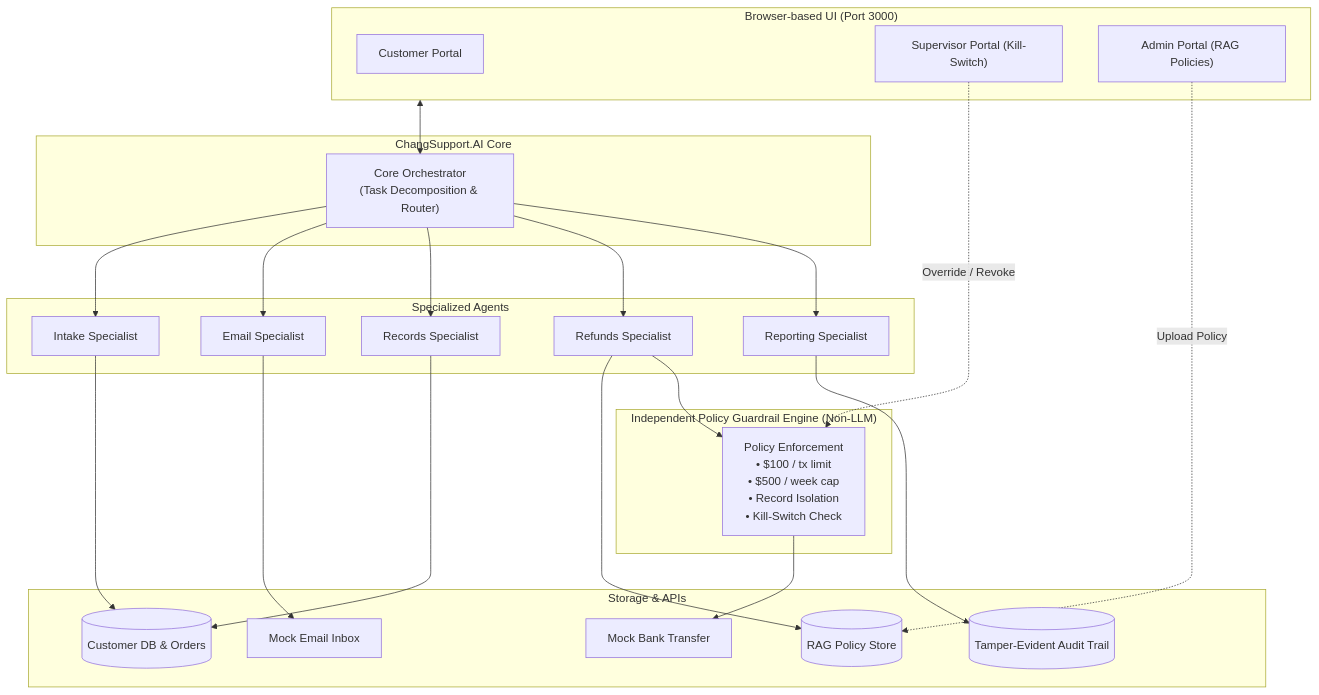
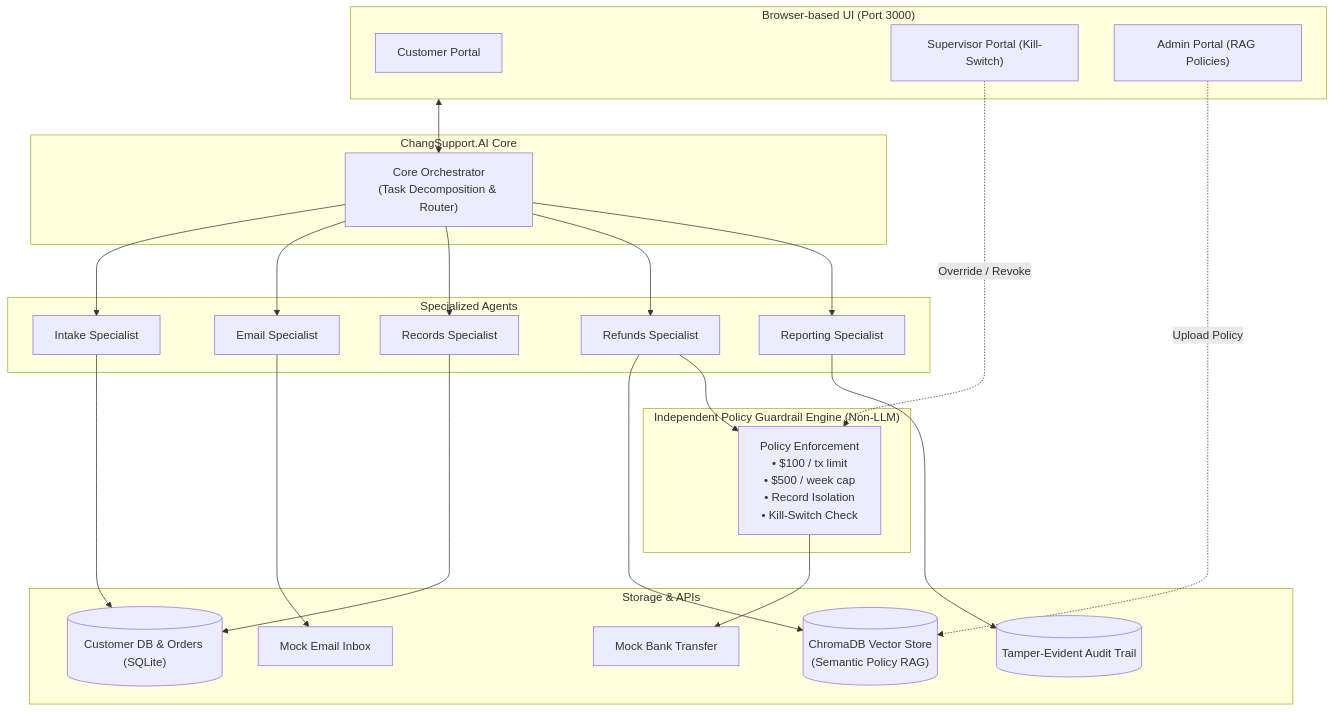
One commit to sujihancock/CSEN296-PROJECT-TEAM4 changed the diagram in README.md. Above: the diagram before and after it, drawn with Mermaid. The commit also changed other lines of this file and 8 other files, not shown here.

Commit message:
vector db (chroma)

````diff
--- a/README.md
+++ b/README.md
@@ -24,50 +24,50 @@
 ```mermaid
 flowchart TD
     subgraph UI ["Browser-based UI (Port 3000)"]
         CustomerUI["Customer Portal"]
         SupervisorUI["Supervisor Portal (Kill-Switch)"]
         AdminUI["Admin Portal (RAG Policies)"]
     end
 
     subgraph Core ["ChangSupport.AI Core"]
         Orchestrator["Core Orchestrator<br/>(Task Decomposition & Router)"]
     end
 
     subgraph Agents ["Specialized Agents"]
         Intake["Intake Specialist"]
         Email["Email Specialist"]
         Records["Records Specialist"]
         Refunds["Refunds Specialist"]
         Reporting["Reporting Specialist"]
     end
 
     subgraph PolicyLayer ["Independent Policy Guardrail Engine (Non-LLM)"]
         Guardrails["Policy Enforcement<br/>• $100 / tx limit<br/>• $500 / week cap<br/>• Record Isolation<br/>• Kill-Switch Check"]
     end
 
     subgraph Resources ["Storage & APIs"]
-        RAG[("RAG Policy Store")]
-        DB[("Customer DB & Orders")]
+        RAG[("ChromaDB Vector Store<br/>(Semantic Policy RAG)")]
+        DB[("Customer DB & Orders (SQLite)")]
         BankAPI["Mock Bank Transfer"]
         AuditLog[("Tamper-Evident Audit Trail")]
         MockEmail["Mock Email Inbox"]
     end
 
     UI <--> Orchestrator
     Orchestrator --> Intake
     Orchestrator --> Email
     Orchestrator --> Records
     Orchestrator --> Refunds
     Orchestrator --> Reporting
 
     Intake --> DB
     Email --> MockEmail
     Records --> DB
     Refunds --> RAG
     Refunds --> Guardrails
     Guardrails --> BankAPI
     Reporting --> AuditLog
 
     SupervisorUI -.->|"Override / Revoke"| Guardrails
     AdminUI -.->|"Upload Policy"| RAG
 ```
````
